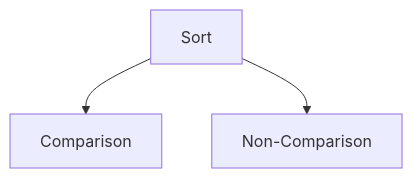
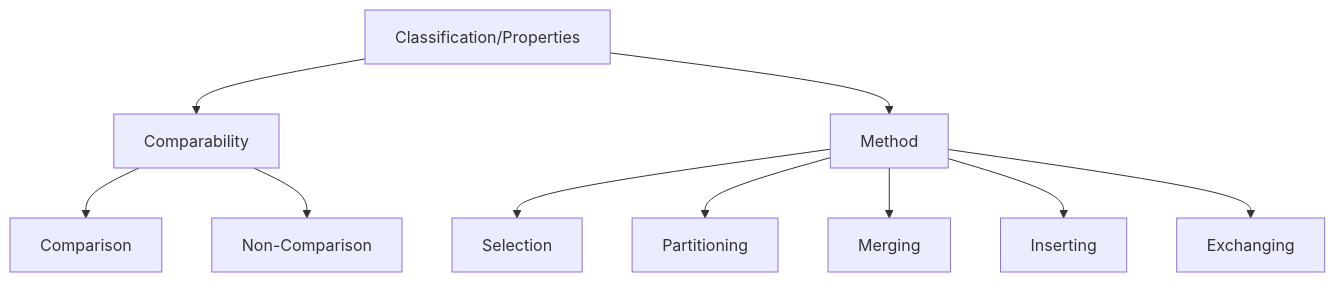
The diagram in content/concepts/algo/sort/index.md (ghoshsaptarshi/technotes), drawn with Mermaid before and after one commit. The commit also changed other lines of this file and 40 other files, not shown here.

````diff
--- a/content/concepts/algo/sort/index.md
+++ b/content/concepts/algo/sort/index.md
@@ -23,5 +22,12 @@
 ```mermaid
 graph
-Sort-->Comparison
-Sort-->Non-Comparison
+Sort[Classification/Properties]-->Comparability
+Sort-->Method
+Comparability-->Comparison
+Comparability-->Non-Comparison
+Method-->Selection
+Method-->Partitioning
+Method-->Merging
+Method-->Inserting
+Method-->Exchanging
 ```
````
